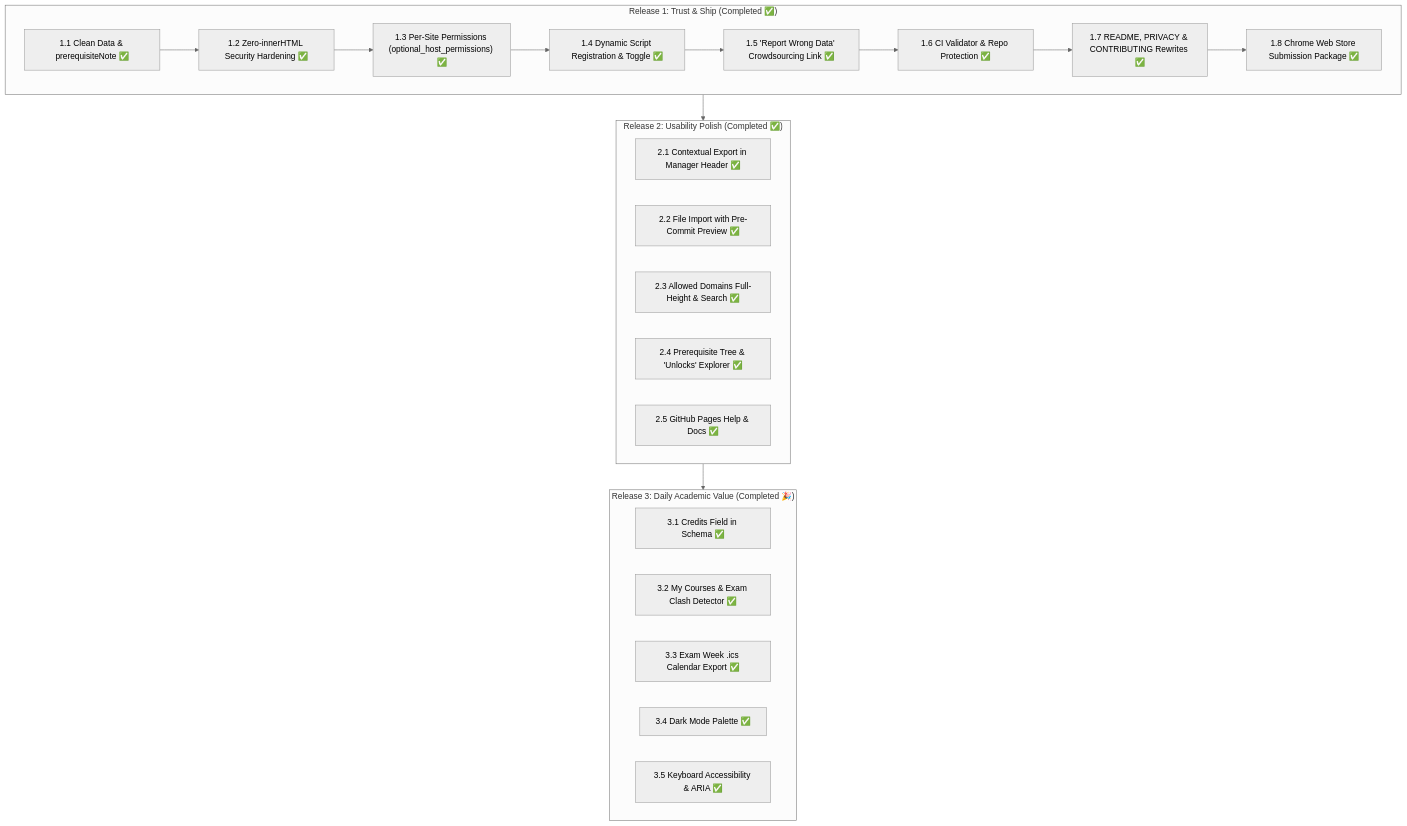
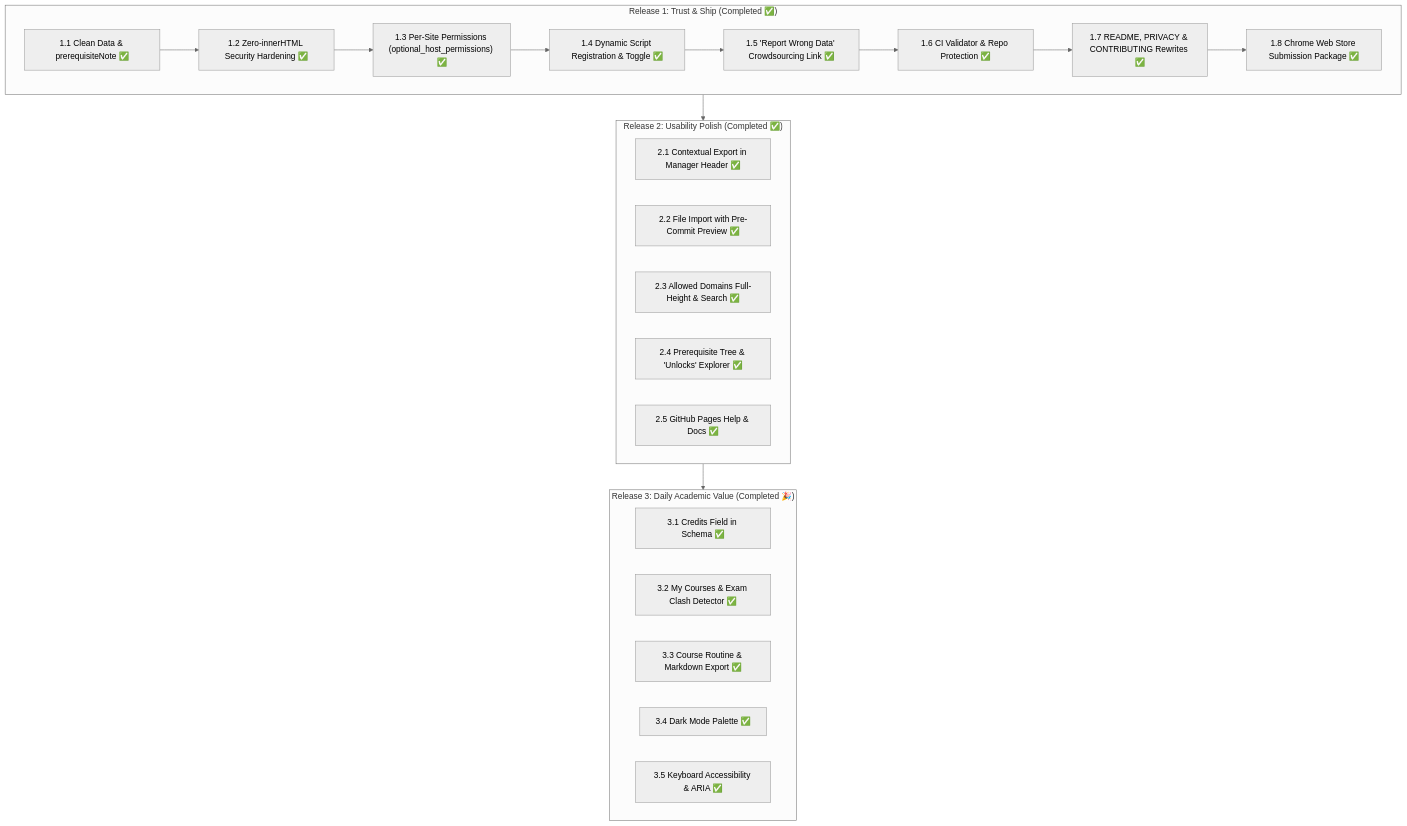
The diagram in ROADMAP.md (litch07/decoder-test), drawn with Mermaid (neutral theme) before and after one commit. The commit also changed other lines of this file and 5 other files, not shown here.

````diff
--- a/ROADMAP.md
+++ b/ROADMAP.md
@@ -8,30 +8,30 @@
 ```mermaid
 flowchart TD
     subgraph R1["Release 1: Trust & Ship (Completed ✅)"]
         R1_1["1.1 Clean Data & prerequisiteNote ✅"] --> R1_2["1.2 Zero-innerHTML Security Hardening ✅"]
         R1_2 --> R1_3["1.3 Per-Site Permissions (optional_host_permissions) ✅"]
         R1_3 --> R1_4["1.4 Dynamic Script Registration & Toggle ✅"]
         R1_4 --> R1_5["1.5 'Report Wrong Data' Crowdsourcing Link ✅"]
         R1_5 --> R1_6["1.6 CI Validator & Repo Protection ✅"]
         R1_6 --> R1_7["1.7 README, PRIVACY & CONTRIBUTING Rewrites ✅"]
         R1_7 --> R1_8["1.8 Chrome Web Store Submission Package ✅"]
     end
 
     subgraph R2["Release 2: Usability Polish (Completed ✅)"]
         R2_1["2.1 Contextual Export in Manager Header ✅"]
         R2_2["2.2 File Import with Pre-Commit Preview ✅"]
         R2_3["2.3 Allowed Domains Full-Height & Search ✅"]
         R2_4["2.4 Prerequisite Tree & 'Unlocks' Explorer ✅"]
         R2_5["2.5 GitHub Pages Help & Docs ✅"]
     end
 
     subgraph R3["Release 3: Daily Academic Value (Completed 🎉)"]
         R3_1["3.1 Credits Field in Schema ✅"]
         R3_2["3.2 My Courses & Exam Clash Detector ✅"]
-        R3_3["3.3 Exam Week .ics Calendar Export ✅"]
+        R3_3["3.3 Course Routine & Markdown Export ✅"]
         R3_4["3.4 Dark Mode Palette ✅"]
         R3_5["3.5 Keyboard Accessibility & ARIA ✅"]
     end
 
     R1 --> R2 --> R3
 ```
````
